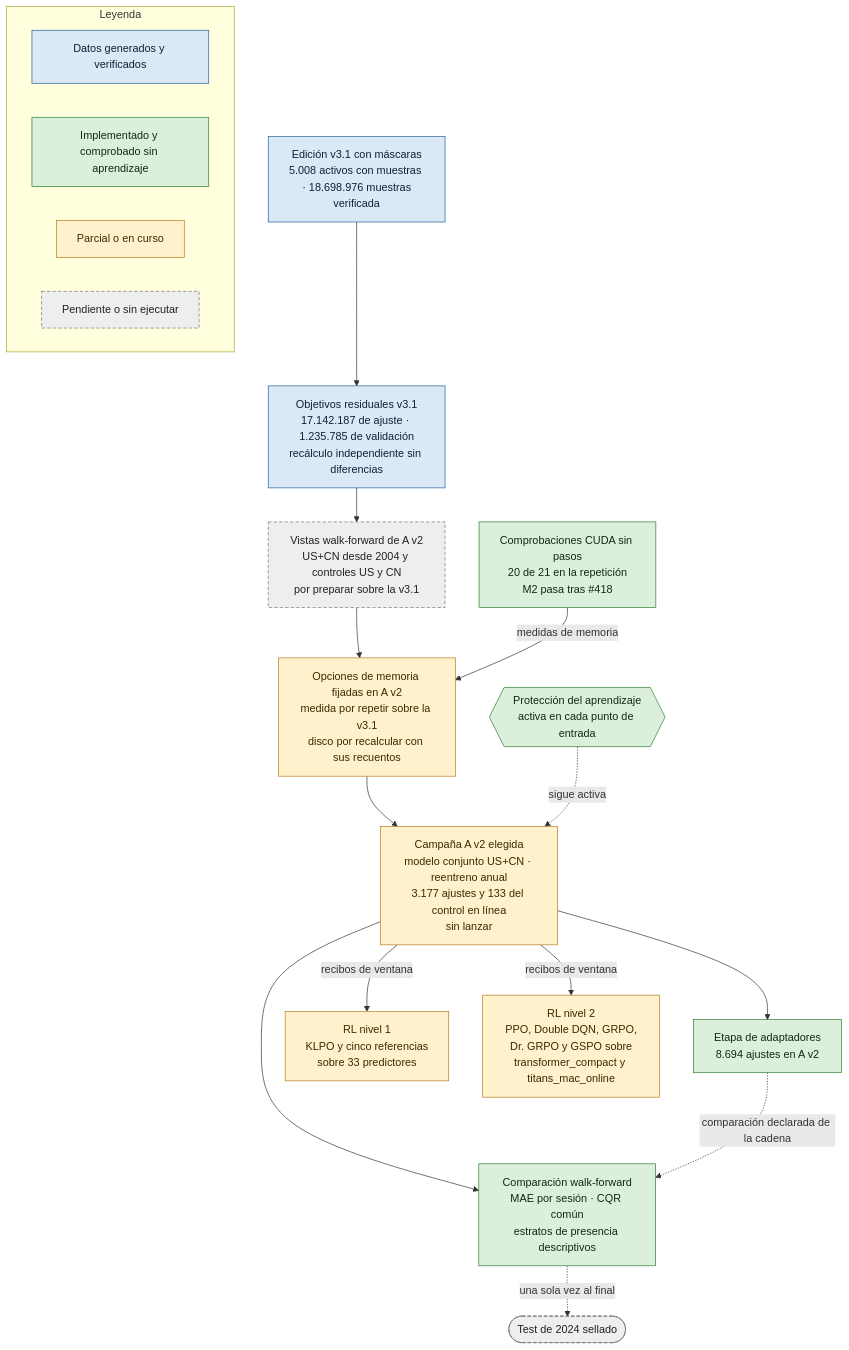
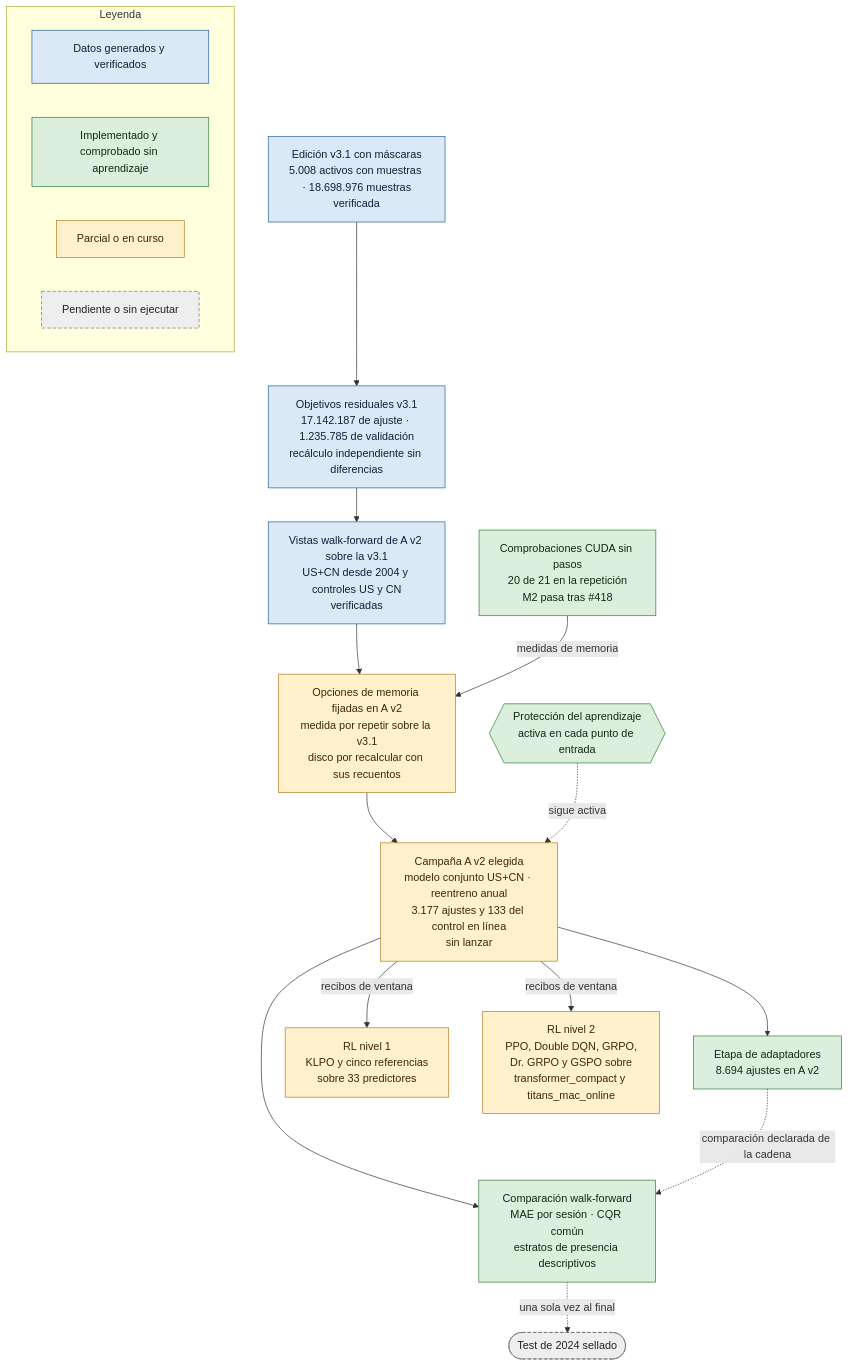
One commit to GonxKZ/mars-titan changed the first of 3 diagrams in README.md. Above: the diagram before and after it, drawn with Mermaid. The commit also changed other lines of this file and 11 other files, not shown here.

````diff
--- a/README.md
+++ b/README.md
@@ -37,37 +37,37 @@
 ```mermaid
 flowchart TD
     E["Edición v3.1 con máscaras<br/>5.008 activos con muestras · 18.698.976 muestras<br/>verificada"]:::ejecutado
     O["Objetivos residuales v3.1<br/>17.142.187 de ajuste · 1.235.785 de validación<br/>recálculo independiente sin diferencias"]:::ejecutado
     H{{"Protección del aprendizaje<br/>activa en cada punto de entrada"}}:::comprobado
-    W["Vistas walk-forward de A v2<br/>US+CN desde 2004 y controles US y CN<br/>por preparar sobre la v3.1"]:::pendiente
+    W["Vistas walk-forward de A v2 sobre la v3.1<br/>US+CN desde 2004 y controles US y CN<br/>verificadas"]:::ejecutado
     K["Comprobaciones CUDA sin pasos<br/>20 de 21 en la repetición<br/>M2 pasa tras #418"]:::comprobado
     Q["Opciones de memoria fijadas en A v2<br/>medida por repetir sobre la v3.1<br/>disco por recalcular con sus recuentos"]:::parcial
     A["Campaña A v2 elegida<br/>modelo conjunto US+CN · reentreno anual<br/>3.177 ajustes y 133 del control en línea<br/>sin lanzar"]:::parcial
     P["Etapa de adaptadores<br/>8.694 ajustes en A v2"]:::comprobado
     R1["RL nivel 1<br/>KLPO y cinco referencias<br/>sobre 33 predictores"]:::parcial
     R2["RL nivel 2<br/>PPO, Double DQN, GRPO,<br/>Dr. GRPO y GSPO sobre<br/>transformer_compact y titans_mac_online"]:::parcial
     C["Comparación walk-forward<br/>MAE por sesión · CQR común<br/>estratos de presencia descriptivos"]:::comprobado
     T(["Test de 2024 sellado"]):::pendiente
 
     E --> O --> W --> Q --> A
     K -- medidas de memoria --> Q
     H -. sigue activa .-> A
     A --> P
     A -- recibos de ventana --> R1
     A -- recibos de ventana --> R2
     A --> C
     P -. comparación declarada de la cadena .-> C
     C -. una sola vez al final .-> T
 
     subgraph LEY["Leyenda"]
         L0["Datos generados y verificados"]:::ejecutado
         L1["Implementado y comprobado sin aprendizaje"]:::comprobado
         L2["Parcial o en curso"]:::parcial
         L3["Pendiente o sin ejecutar"]:::pendiente
     end
 
     classDef ejecutado fill:#dbe8f6,stroke:#1f5f99,color:#0d2238
     classDef comprobado fill:#dcefdc,stroke:#2e7d32,color:#102a12
     classDef parcial fill:#fff1cc,stroke:#b7791f,color:#3a2a00
     classDef pendiente fill:#eeeeee,stroke:#757575,color:#222222,stroke-dasharray:5 3
 ```
````
